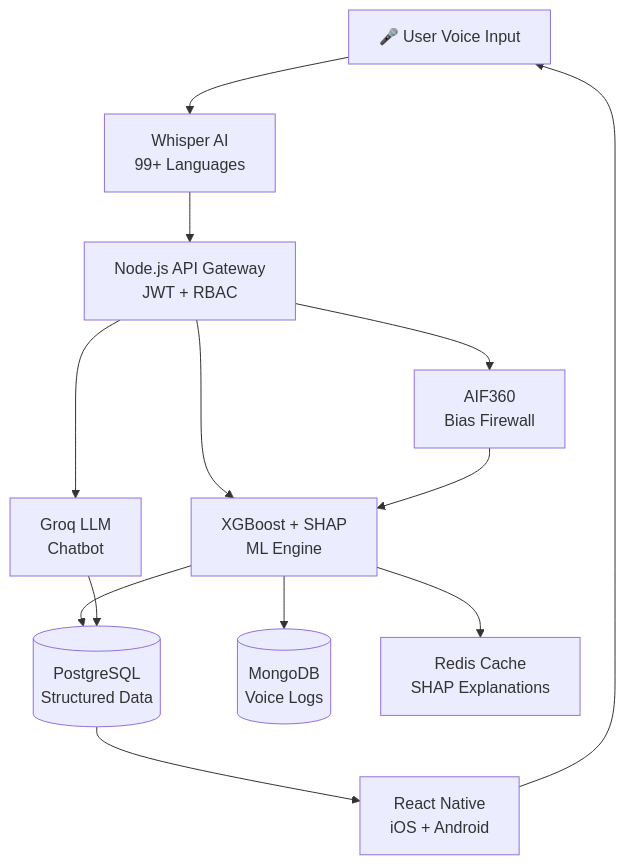
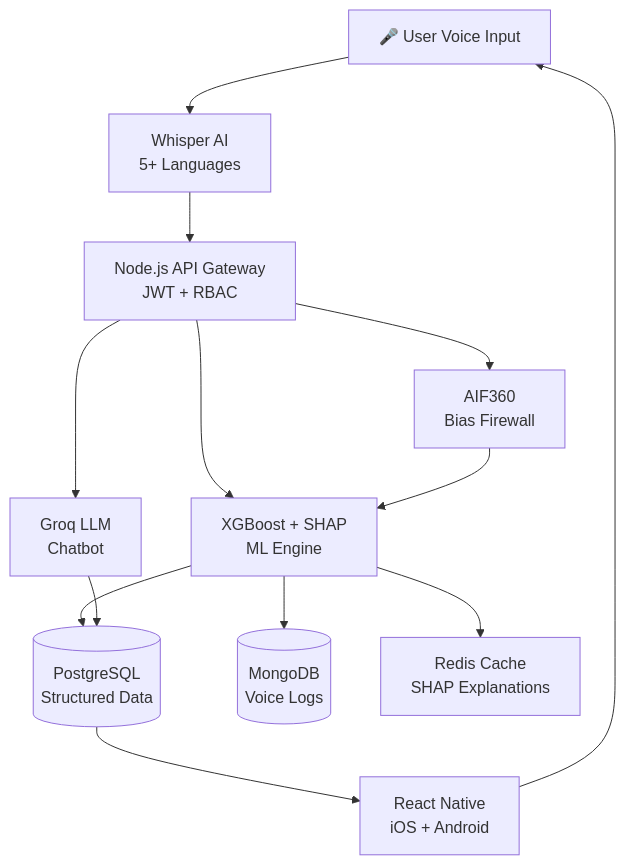
The diagram in README.md (Agila-A/Prism), drawn with Mermaid before and after one commit.

Commit message:
Update Whisper AI languages in README

````diff
--- a/README.md
+++ b/README.md
@@ -135,15 +135,15 @@
 ```mermaid
 graph TB
-    A[🎤 User Voice Input] --> B[Whisper AI<br/>99+ Languages]
+    A[🎤 User Voice Input] --> B[Whisper AI<br/>5+ Languages]
     B --> C[Node.js API Gateway<br/>JWT + RBAC]
     C --> D[XGBoost + SHAP<br/>ML Engine]
     C --> E[Groq LLM<br/>Chatbot]
     C --> F[AIF360<br/>Bias Firewall]
     D --> G[(PostgreSQL<br/>Structured Data)]
     D --> H[(MongoDB<br/>Voice Logs)]
     D --> I[Redis Cache<br/>SHAP Explanations]
     E --> G
     F --> D
     G --> J[React Native<br/>iOS + Android]
     J --> A
 ```
````
